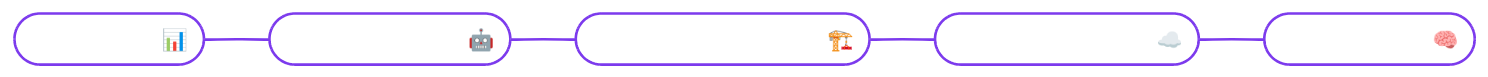
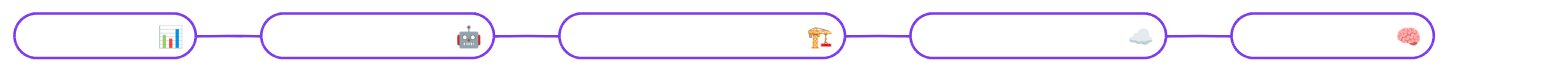
Before and after one commit to krishjana06/krishjana06: the diagram in README.md, drawn with Mermaid.

Commit message:
Update Mermaid diagram spacing to fix GitHub controls overlap

````diff
--- a/README.md
+++ b/README.md
@@ -44,7 +44,8 @@
 ```mermaid
+%%{init: {"flowchart": {"useMaxWidth": false, "padding": 10}}}%%
 flowchart LR
-    A([Data Science 📊]) --- B([Machine Learning 🤖]) --- C([Full Stack Development 🏗️]) --- D([Cloud Infrastructure ☁️]) --- E([AI Applications 🧠])
-
+    A([Data Science 📊]) --- B([Machine Learning 🤖]) --- C([Full Stack Development 🏗️]) --- D([Cloud Infrastructure ☁️]) --- E([AI Applications 🧠]) ~~~ F[ ]
     classDef default fill:transparent,stroke:#7c3aed,stroke-width:2px,color:#ffffff;
-    linkStyle default stroke:#7c3aed,stroke-width:2px;
+    linkStyle 0,1,2,3 stroke:#7c3aed,stroke-width:2px;
+    style F fill:transparent,stroke:transparent,color:transparent;
 ```
````
